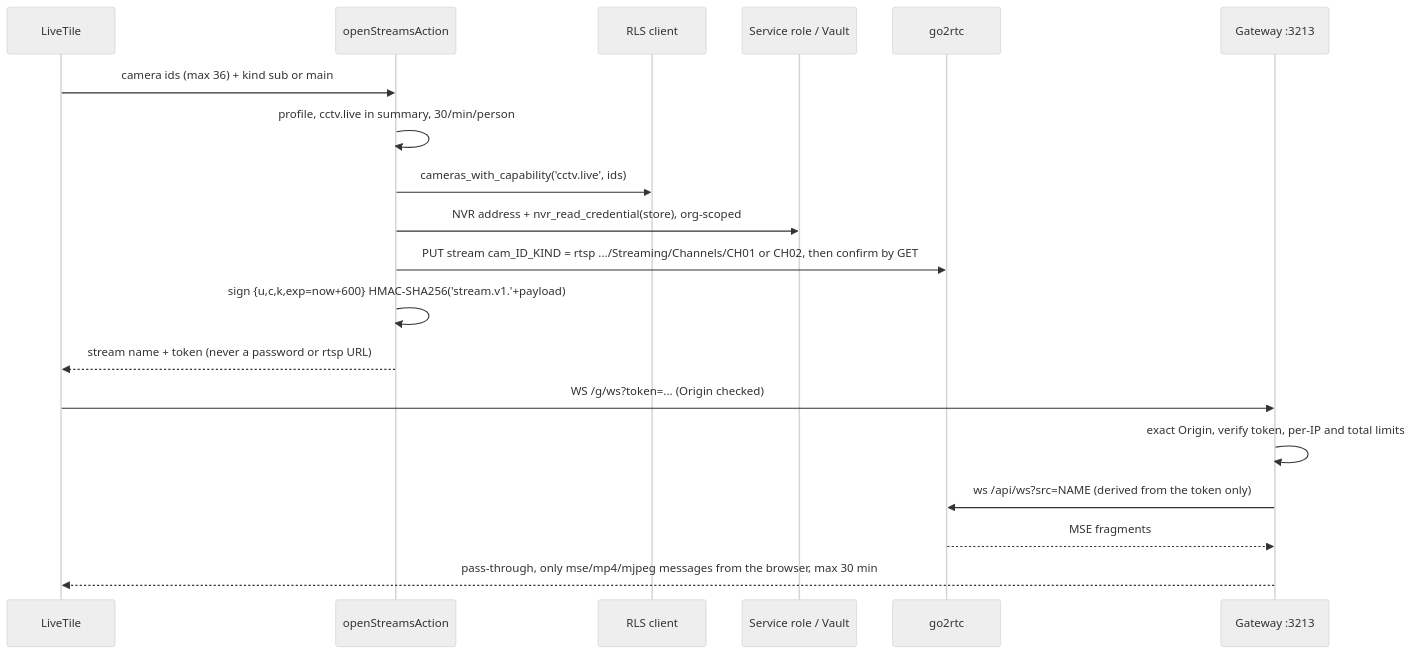
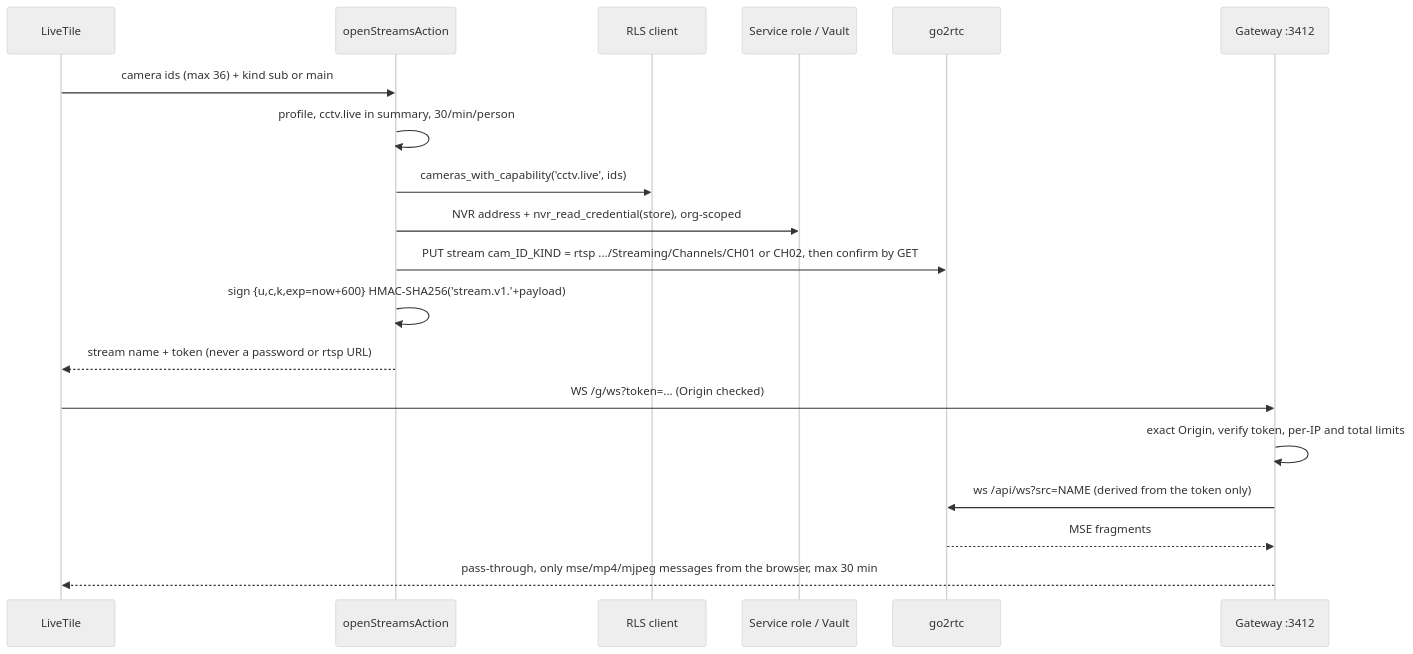
The fourth of 13 diagrams in docs/drishti/ARCHITECTURE.md (kumarsuraj84/CCTV-APPLICATION), drawn with Mermaid (neutral theme) before and after one commit. The commit also changed other lines of this file and 8 other files, not shown here.

````diff
--- a/docs/drishti/ARCHITECTURE.md
+++ b/docs/drishti/ARCHITECTURE.md
@@ -352,21 +352,21 @@
 ```mermaid
 sequenceDiagram
   participant T as LiveTile
   participant A as openStreamsAction
   participant DB as RLS client
   participant SR as Service role / Vault
   participant G as go2rtc
-  participant W as Gateway :3213
+  participant W as Gateway :3412
   T->>A: camera ids (max 36) + kind sub or main
   A->>A: profile, cctv.live in summary, 30/min/person
   A->>DB: cameras_with_capability('cctv.live', ids)
   A->>SR: NVR address + nvr_read_credential(store), org-scoped
   A->>G: PUT stream cam_ID_KIND = rtsp .../Streaming/Channels/CH01 or CH02, then confirm by GET
   A->>A: sign {u,c,k,exp=now+600} HMAC-SHA256('stream.v1.'+payload)
   A-->>T: stream name + token (never a password or rtsp URL)
   T->>W: WS /g/ws?token=... (Origin checked)
   W->>W: exact Origin, verify token, per-IP and total limits
   W->>G: ws /api/ws?src=NAME (derived from the token only)
   G-->>W: MSE fragments
   W-->>T: pass-through, only mse/mp4/mjpeg messages from the browser, max 30 min
 ```
````
